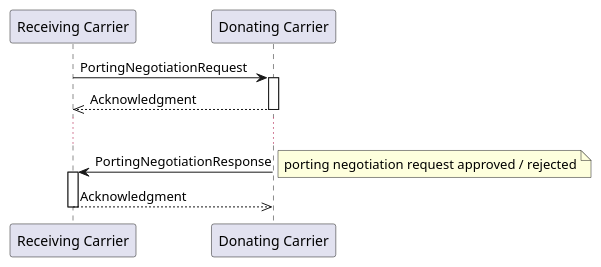
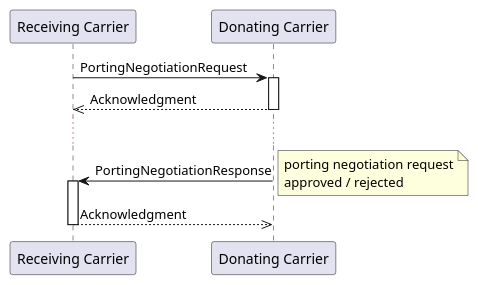
One commit to ConSol/simulator-porting-demo changed the diagram in doc/porting_negotiation.puml. Above: the diagram before and after it, drawn with PlantUML. The commit also changed 6 other files, not shown here.

```diff
--- a/doc/porting_negotiation.puml
+++ b/doc/porting_negotiation.puml
@@ -1,20 +1,20 @@
 @startuml
 
 participant "Receiving Carrier" as ReceivingCarrier
 participant "Donating Carrier" as DonatingCarrier
 
 
 ReceivingCarrier -> DonatingCarrier : PortingNegotiationRequest
 activate DonatingCarrier
 DonatingCarrier -->> ReceivingCarrier : Acknowledgment
 deactivate DonatingCarrier
 
 ...
 
 DonatingCarrier -> ReceivingCarrier : PortingNegotiationResponse
-note right: porting negotiation request approved / rejected
+note right: porting negotiation request\napproved / rejected
 activate ReceivingCarrier
 ReceivingCarrier -->> DonatingCarrier : Acknowledgment
 deactivate ReceivingCarrier
 
 @enduml
```
